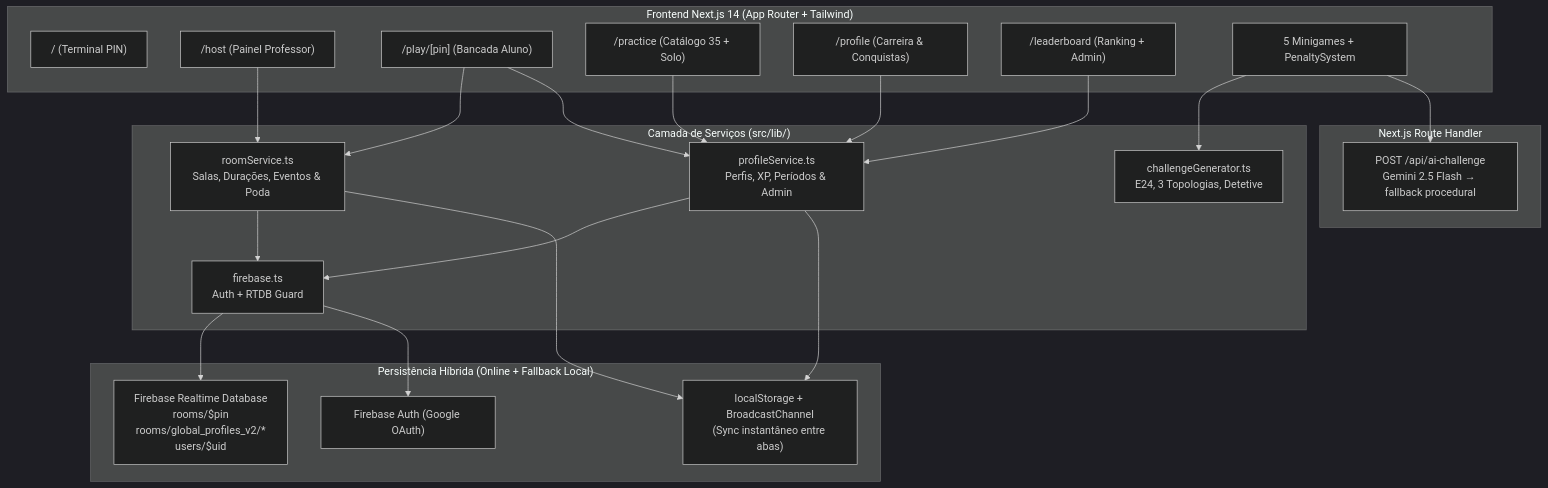
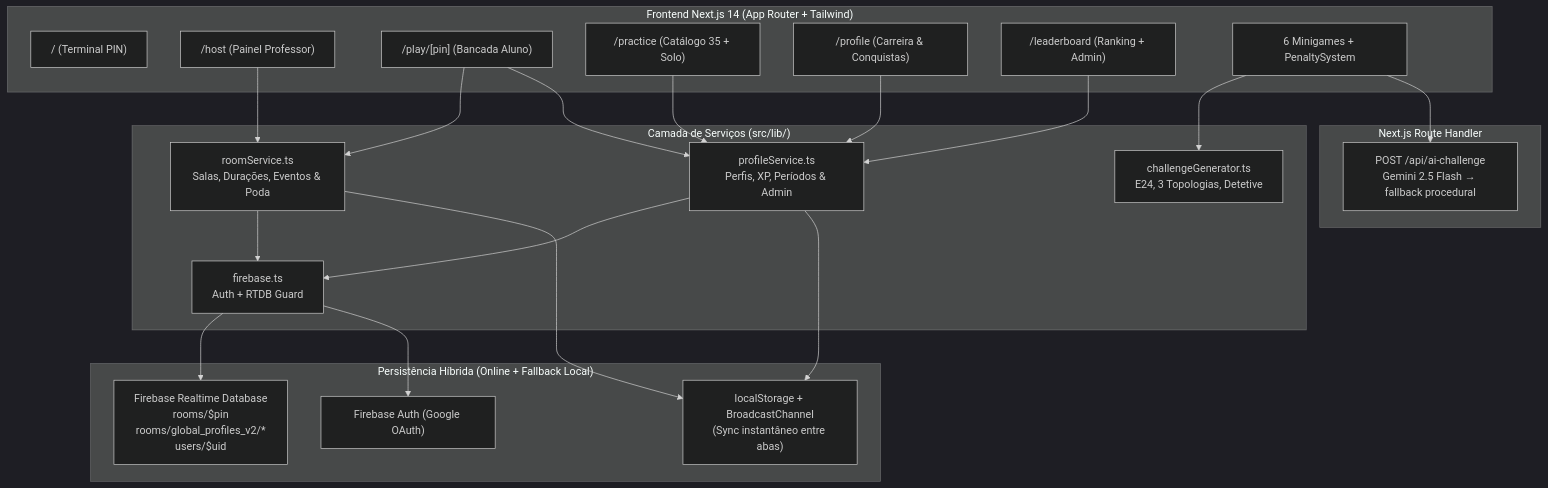
Before and after one commit to gabrielpiske/eletronics: the diagram in ARCHITECTURE.md, drawn with Mermaid (dark theme). The commit also changed other lines of this file and 14 other files, not shown here.

````diff
--- a/ARCHITECTURE.md
+++ b/ARCHITECTURE.md
@@ -11,37 +11,37 @@
 ```mermaid
 flowchart TB
     subgraph Client["Frontend Next.js 14 (App Router + Tailwind)"]
         HOME["/ (Terminal PIN)"]
         HOST["/host (Painel Professor)"]
         PLAY["/play/[pin] (Bancada Aluno)"]
         PRAC["/practice (Catálogo 35 + Solo)"]
         PROF["/profile (Carreira & Conquistas)"]
         LEAD["/leaderboard (Ranking + Admin)"]
-        MG["5 Minigames + PenaltySystem"]
+        MG["6 Minigames + PenaltySystem"]
     end
 
     subgraph Services["Camada de Serviços (src/lib/)"]
         RS["roomService.ts\nSalas, Durações, Eventos & Poda"]
         PS["profileService.ts\nPerfis, XP, Períodos & Admin"]
         CG["challengeGenerator.ts\nE24, 3 Topologias, Detetive"]
         FB["firebase.ts\nAuth + RTDB Guard"]
     end
 
     subgraph Persistence["Persistência Híbrida (Online + Fallback Local)"]
         RTDB["Firebase Realtime Database\nrooms/$pin\nrooms/global_profiles_v2/*\nusers/$uid"]
         AUTH["Firebase Auth (Google OAuth)"]
         LOCAL["localStorage + BroadcastChannel\n(Sync instantâneo entre abas)"]
     end
 
     subgraph ServerAPI["Next.js Route Handler"]
         AI["POST /api/ai-challenge\nGemini 2.5 Flash → fallback procedural"]
     end
 
     HOST & PLAY --> RS
     PLAY & PRAC & PROF & LEAD --> PS
     MG --> CG
     MG --> AI
     RS & PS --> FB
     FB --> RTDB & AUTH
     RS & PS --> LOCAL
 ```
````
